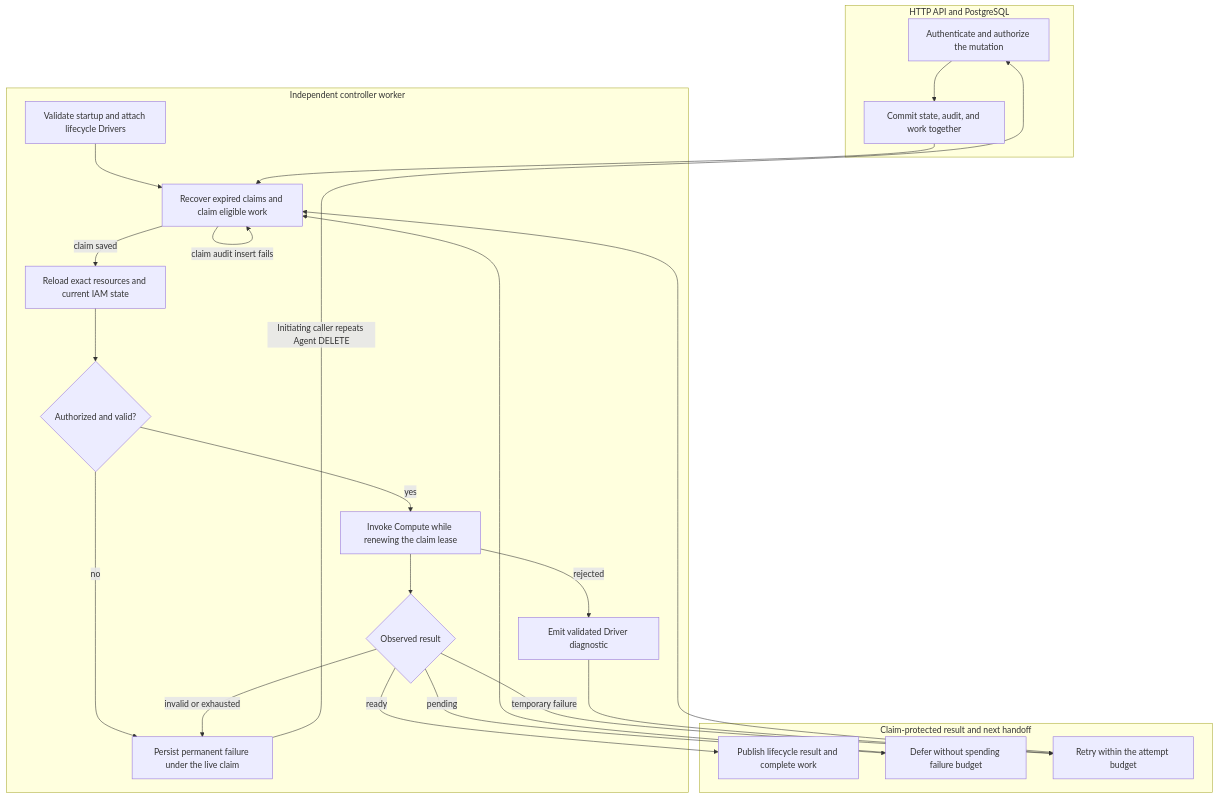
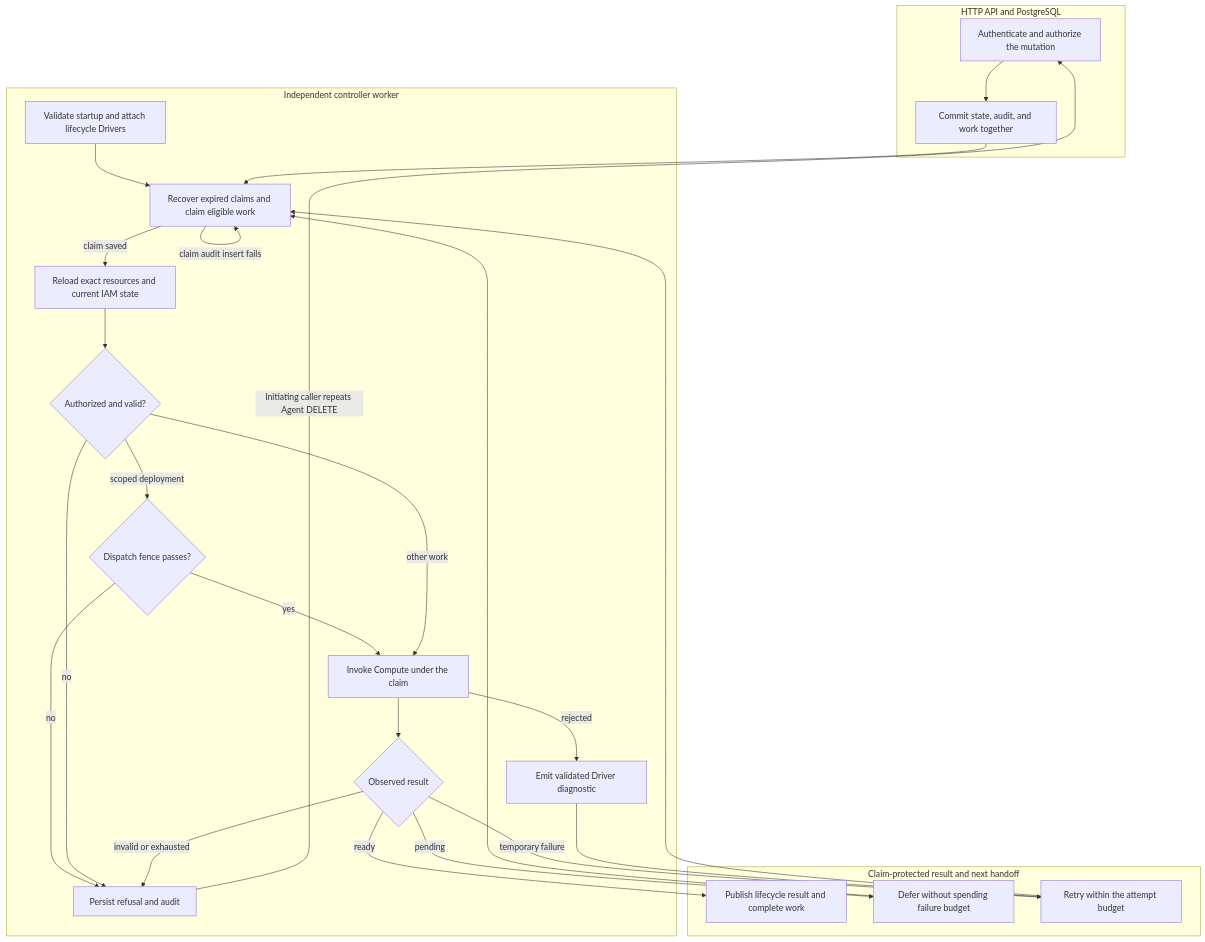
The diagram in docs/flows/controller-worker.md (openclaw/openclaw-enterprise), drawn with Mermaid before and after one commit. The commit also changed other lines of this file and 5 other files, not shown here.

Commit message:
Preserve scoped deployment refusal evidence and explain recovery

````diff
--- a/docs/flows/controller-worker.md
+++ b/docs/flows/controller-worker.md
@@ -29,27 +29,30 @@
 ```mermaid
 graph TD
     subgraph Admission["HTTP API and PostgreSQL"]
         A["Authenticate and authorize the mutation"] --> B["Commit state, audit, and work together"]
     end
     subgraph Worker["Independent controller worker"]
         C["Validate startup and attach lifecycle Drivers"] --> D["Recover expired claims and claim eligible work"]
         B --> D
         D -->|claim saved| E["Reload exact resources and current IAM state"]
         D -->|claim audit insert fails| D
         E --> F{"Authorized and valid?"}
-        F -->|yes| G["Invoke Compute while renewing the claim lease"]
-        F -->|no| H["Persist permanent failure under the live claim"]
+        F -->|scoped deployment| S{"Dispatch fence passes?"}
+        S -->|yes| G["Invoke Compute under the claim"]
+        S -->|no| H["Persist refusal and audit"]
+        F -->|other work| G
+        F -->|no| H
         G --> I{"Observed result"}
         G -->|rejected| R["Emit validated Driver diagnostic"]
     end
     subgraph Outcome["Claim-protected result and next handoff"]
         I -->|ready| J["Publish lifecycle result and complete work"]
         I -->|pending| K["Defer without spending failure budget"]
         I -->|temporary failure| L["Retry within the attempt budget"]
         R --> L
         I -->|invalid or exhausted| H
         K --> D
         L --> D
         H -->|"Initiating caller repeats Agent DELETE"| A
     end
 ```
````
